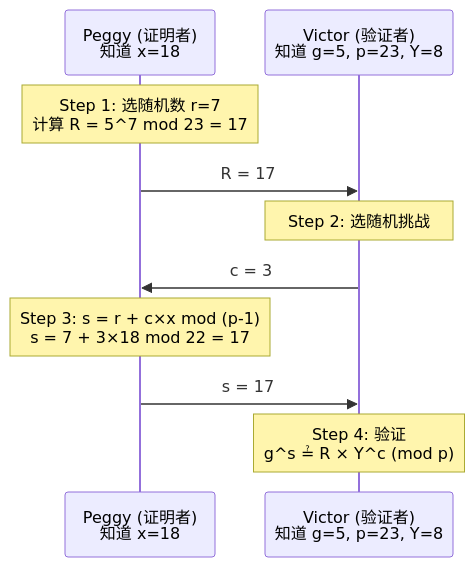
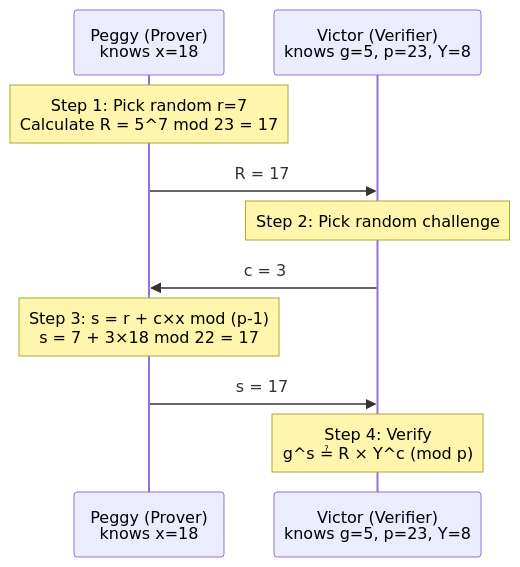
The second of 4 diagrams in docs/cryptography/zkp.mdx (stars-labs/cryptograph-onboarding-trainning), drawn with Mermaid before and after one commit. The commit also changed other lines of this file and 15 other files, not shown here.

````diff
--- a/docs/cryptography/zkp.mdx
+++ b/docs/cryptography/zkp.mdx
@@ -127,16 +127,16 @@
 ```mermaid
 sequenceDiagram
-    participant P as Peggy (证明者)<br/>知道 x=18
-    participant V as Victor (验证者)<br/>知道 g=5, p=23, Y=8
+    participant P as Peggy (Prover)<br/>knows x=18
+    participant V as Victor (Verifier)<br/>knows g=5, p=23, Y=8
     
-    Note over P: Step 1: 选随机数 r=7<br/>计算 R = 5^7 mod 23 = 17
+    Note over P: Step 1: Pick random r=7<br/>Calculate R = 5^7 mod 23 = 17
     P->>V: R = 17
     
-    Note over V: Step 2: 选随机挑战
+    Note over V: Step 2: Pick random challenge
     V->>P: c = 3
     
     Note over P: Step 3: s = r + c×x mod (p-1)<br/>s = 7 + 3×18 mod 22 = 17
     P->>V: s = 17
     
-    Note over V: Step 4: 验证<br/>g^s ≟ R × Y^c (mod p)
+    Note over V: Step 4: Verify<br/>g^s ≟ R × Y^c (mod p)
 ```
````
